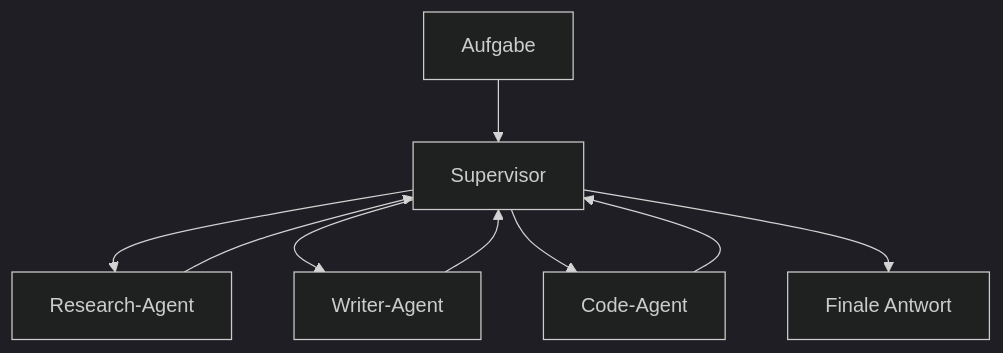
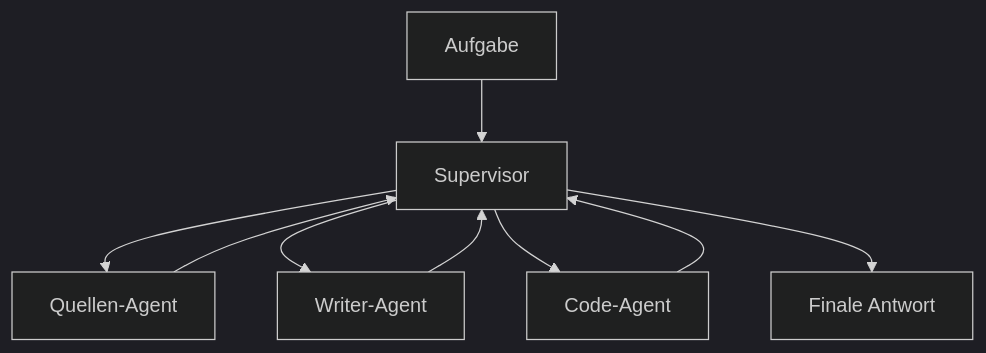
One commit to ralf-42/Agenten changed the eighth of 9 diagrams in docs/04-agenten-implementierung/entwurf/agent-architekturen.md. Above: the diagram before and after it, drawn with Mermaid (dark theme). The commit also changed other lines of this file and 40 other files, not shown here.

````diff
--- a/docs/04-agenten-implementierung/entwurf/agent-architekturen.md
+++ b/docs/04-agenten-implementierung/entwurf/agent-architekturen.md
@@ -311,11 +311,11 @@
 ```mermaid
 flowchart TD
     A[Aufgabe] --> S[Supervisor]
-    S --> R[Research-Agent]
+    S --> R[Quellen-Agent]
     S --> W[Writer-Agent]
     S --> C[Code-Agent]
     R --> S
     W --> S
     C --> S
     S --> E[Finale Antwort]
 ```
````
